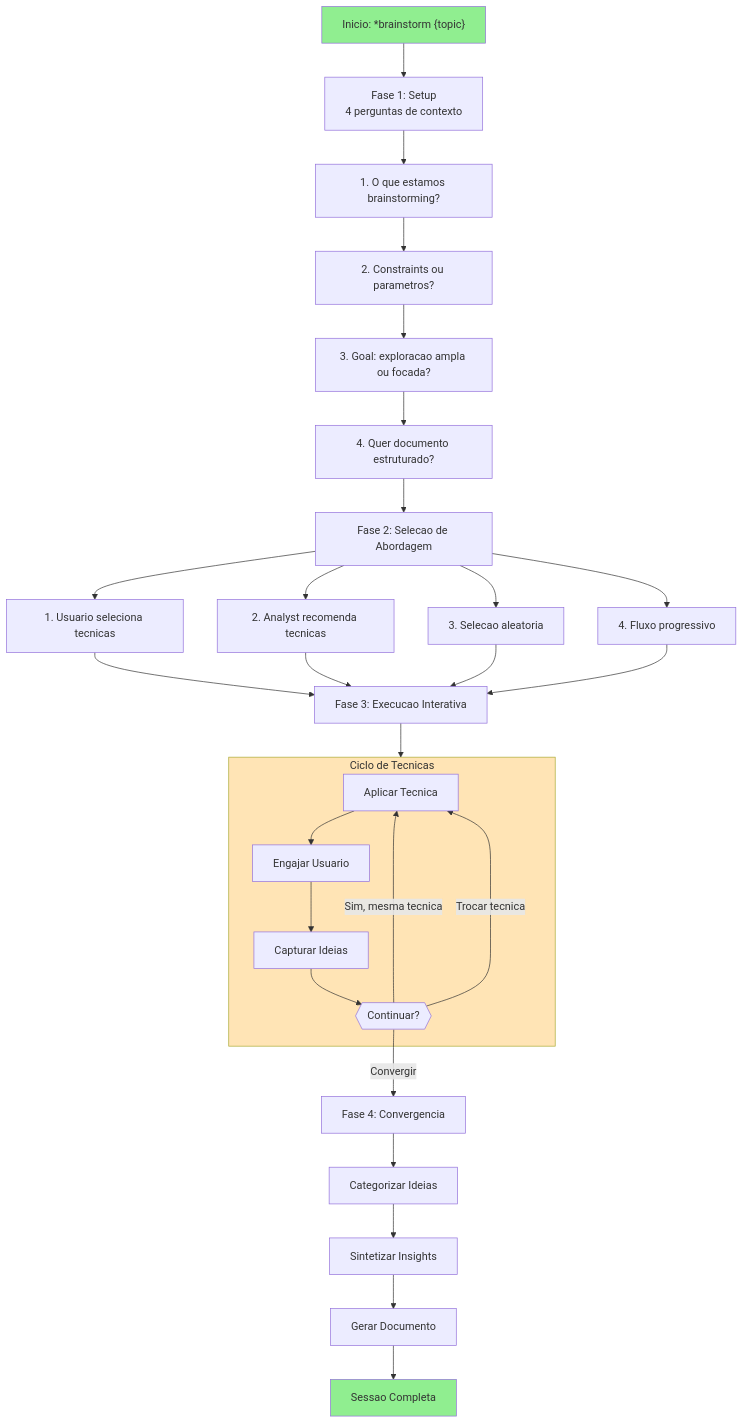
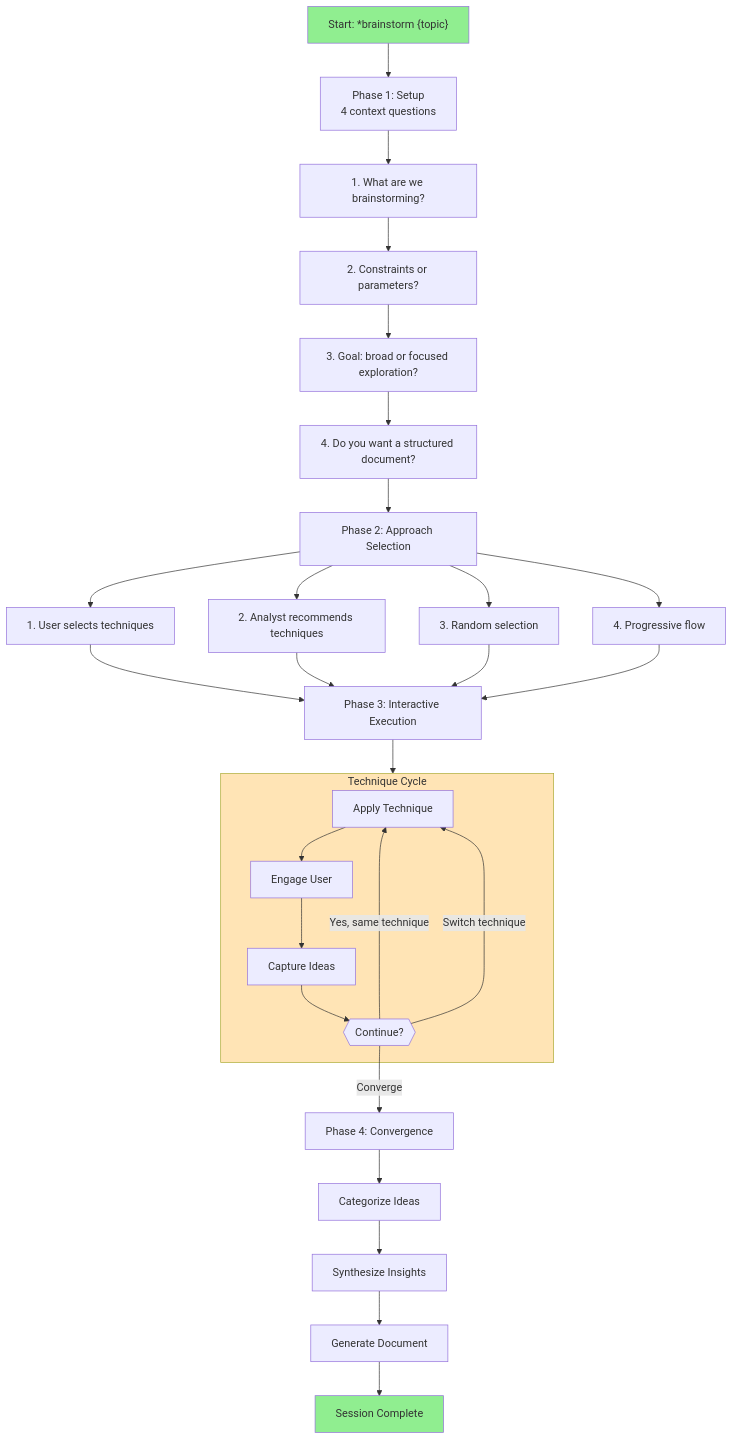
The second of 5 diagrams in docs/aexos-agent-flows/analyst-system.md (CyryxLabs/AEXOS), drawn with Mermaid before and after one commit. The commit also changed other lines of this file and 528 other files, not shown here.

````diff
--- a/docs/aexos-agent-flows/analyst-system.md
+++ b/docs/aexos-agent-flows/analyst-system.md
@@ -159,48 +159,48 @@
 ```mermaid
 flowchart TD
-    START["Inicio: *brainstorm {topic}"] --> SETUP["Fase 1: Setup<br/>4 perguntas de contexto"]
+    START["Start: *brainstorm {topic}"] --> SETUP["Phase 1: Setup<br/>4 context questions"]
 
-    SETUP --> Q1["1. O que estamos brainstorming?"]
-    Q1 --> Q2["2. Constraints ou parametros?"]
-    Q2 --> Q3["3. Goal: exploracao ampla ou focada?"]
-    Q3 --> Q4["4. Quer documento estruturado?"]
+    SETUP --> Q1["1. What are we brainstorming?"]
+    Q1 --> Q2["2. Constraints or parameters?"]
+    Q2 --> Q3["3. Goal: broad or focused exploration?"]
+    Q3 --> Q4["4. Do you want a structured document?"]
 
-    Q4 --> APPROACH["Fase 2: Selecao de Abordagem"]
+    Q4 --> APPROACH["Phase 2: Approach Selection"]
 
-    APPROACH --> OPT1["1. Usuario seleciona tecnicas"]
-    APPROACH --> OPT2["2. Analyst recomenda tecnicas"]
-    APPROACH --> OPT3["3. Selecao aleatoria"]
-    APPROACH --> OPT4["4. Fluxo progressivo"]
+    APPROACH --> OPT1["1. User selects techniques"]
+    APPROACH --> OPT2["2. Analyst recommends techniques"]
+    APPROACH --> OPT3["3. Random selection"]
+    APPROACH --> OPT4["4. Progressive flow"]
 
     OPT1 --> EXEC
     OPT2 --> EXEC
     OPT3 --> EXEC
     OPT4 --> EXEC
 
-    EXEC["Fase 3: Execucao Interativa"]
+    EXEC["Phase 3: Interactive Execution"]
 
-    subgraph CYCLE["Ciclo de Tecnicas"]
-        TECH["Aplicar Tecnica"]
-        ENGAGE["Engajar Usuario"]
-        CAPTURE["Capturar Ideias"]
-        NEXT{{"Continuar?"}}
+    subgraph CYCLE["Technique Cycle"]
+        TECH["Apply Technique"]
+        ENGAGE["Engage User"]
+        CAPTURE["Capture Ideas"]
+        NEXT{{"Continue?"}}
 
         TECH --> ENGAGE
         ENGAGE --> CAPTURE
         CAPTURE --> NEXT
-        NEXT -->|"Sim, mesma tecnica"| TECH
-        NEXT -->|"Trocar tecnica"| TECH
+        NEXT -->|"Yes, same technique"| TECH
+        NEXT -->|"Switch technique"| TECH
     end
 
     EXEC --> CYCLE
-    NEXT -->|"Convergir"| CONVERGE["Fase 4: Convergencia"]
+    NEXT -->|"Converge"| CONVERGE["Phase 4: Convergence"]
 
-    CONVERGE --> CAT["Categorizar Ideias"]
-    CAT --> SYNTH["Sintetizar Insights"]
-    SYNTH --> DOC["Gerar Documento"]
-    DOC --> END["Sessao Completa"]
+    CONVERGE --> CAT["Categorize Ideas"]
+    CAT --> SYNTH["Synthesize Insights"]
+    SYNTH --> DOC["Generate Document"]
+    DOC --> END["Session Complete"]
 
     style START fill:#90EE90
     style END fill:#90EE90
     style CYCLE fill:#FFE4B5
 ```
````
